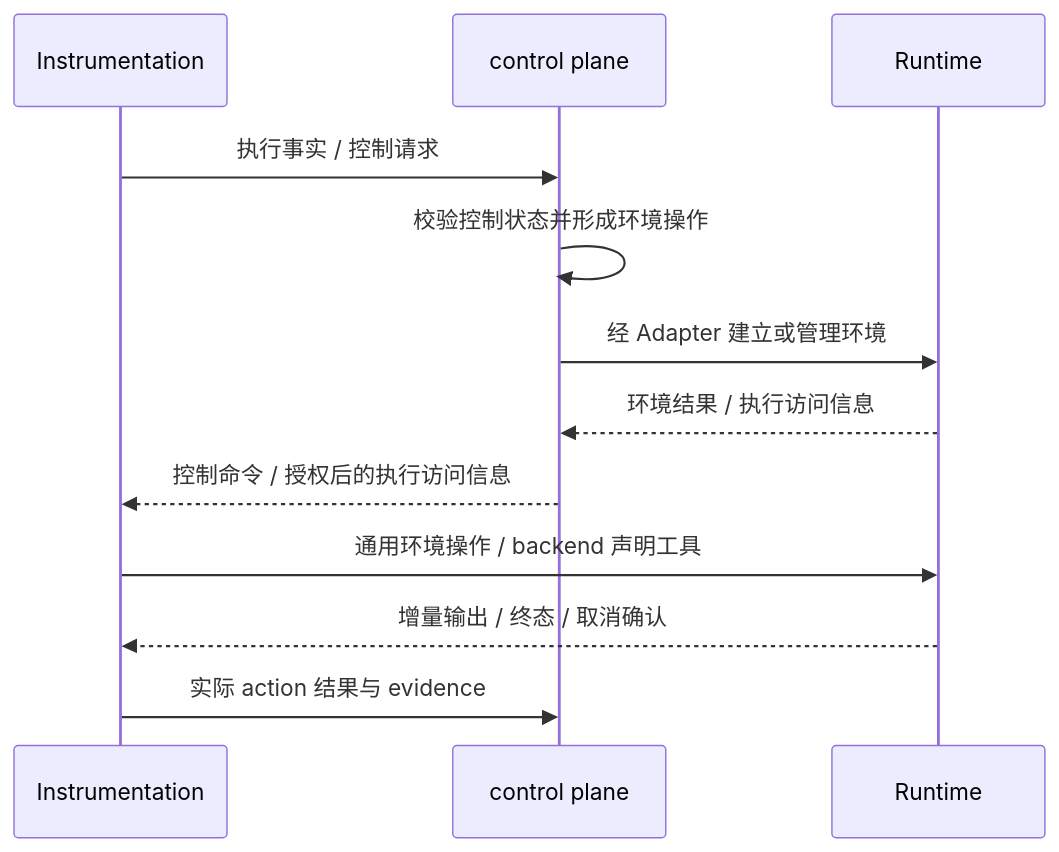
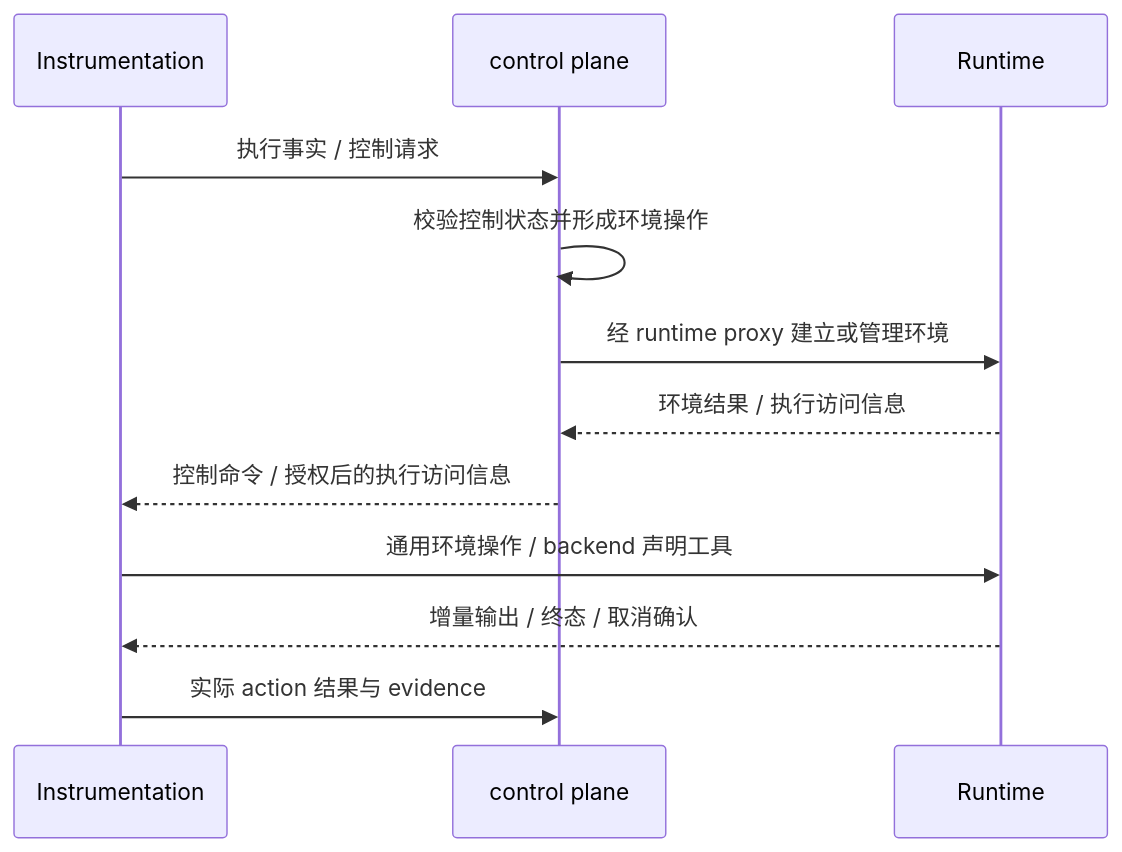
Before and after one commit to bettermultiply/AgentScout: the diagram in docs/architecture.md, drawn with Mermaid. The commit also changed other lines of this file and 93 other files, not shown here.

````diff
--- a/docs/architecture.md
+++ b/docs/architecture.md
@@ -47,15 +47,15 @@
 ```mermaid
 sequenceDiagram
     participant A as Instrumentation
     participant C as control plane
     participant R as Runtime
 
     A->>C: 执行事实 / 控制请求
     C->>C: 校验控制状态并形成环境操作
-    C->>R: 经 Adapter 建立或管理环境
+    C->>R: 经 runtime proxy 建立或管理环境
     R-->>C: 环境结果 / 执行访问信息
     C-->>A: 控制命令 / 授权后的执行访问信息
     A->>R: 通用环境操作 / backend 声明工具
     R-->>A: 增量输出 / 终态 / 取消确认
     A->>C: 实际 action 结果与 evidence
 ```
````
